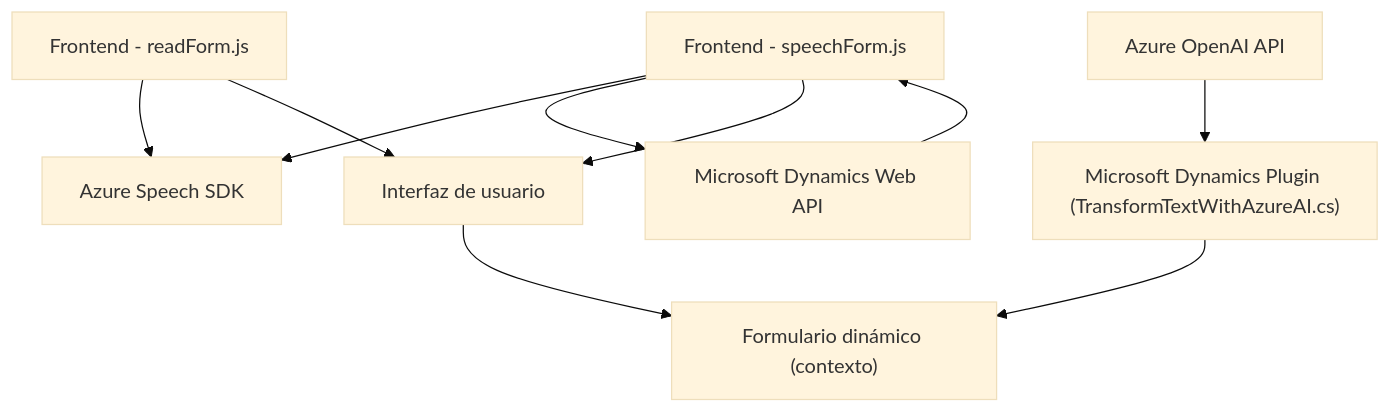
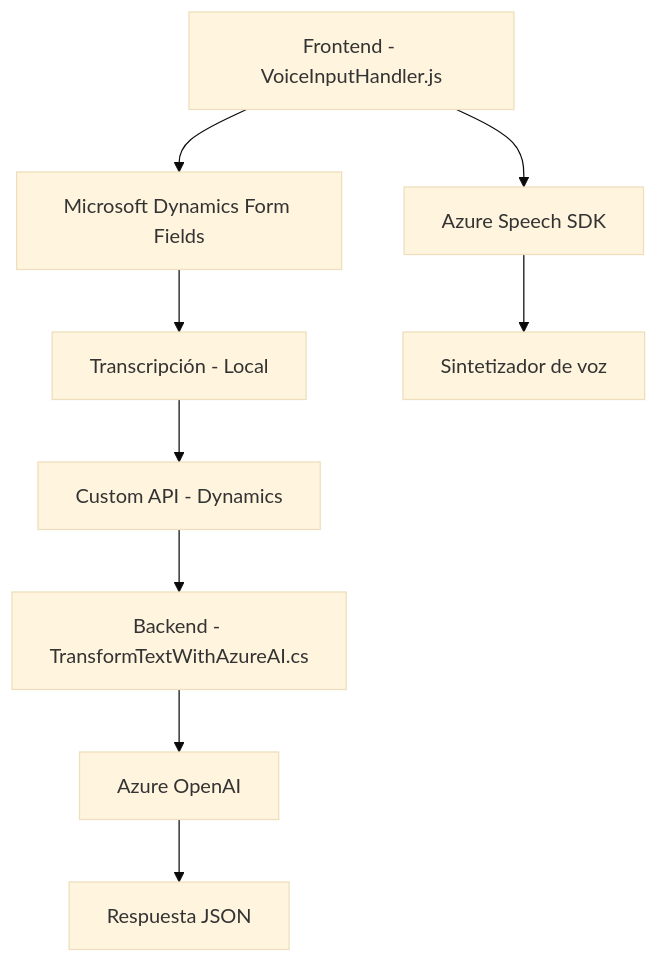
The diagram in README.md (blopezdm/NETCORE_BILBAO2025), drawn with Mermaid (base theme) before and after one commit. The commit also changed other lines of this file, not shown here.

````diff
--- a/README.md
+++ b/README.md
@@ -49,13 +33,11 @@
 ```mermaid
 graph TD
-    A["Frontend - readForm.js"] --> B["Azure Speech SDK"]
-    C["Frontend - speechForm.js"] --> B
-    D["Microsoft Dynamics Web API"] --> C
-    E["Azure OpenAI API"] --> F["Microsoft Dynamics Plugin (TransformTextWithAzureAI.cs)"]
-    C --> D
-    
-    A --> G["Interfaz de usuario"]
-    C --> G
-    G --> H["Formulario dinámico (contexto)"]
-    F --> H
+  A["Frontend - VoiceInputHandler.js"] --> B["Azure Speech SDK"]
+  A --> C["Microsoft Dynamics Form Fields"]
+  C --> D["Transcripción - Local"]
+  B --> E["Sintetizador de voz"]
+  D --> F["Custom API - Dynamics"]
+  F --> G["Backend - TransformTextWithAzureAI.cs"]
+  G --> H["Azure OpenAI"]
+  H --> I["Respuesta JSON"]
 ```
````
